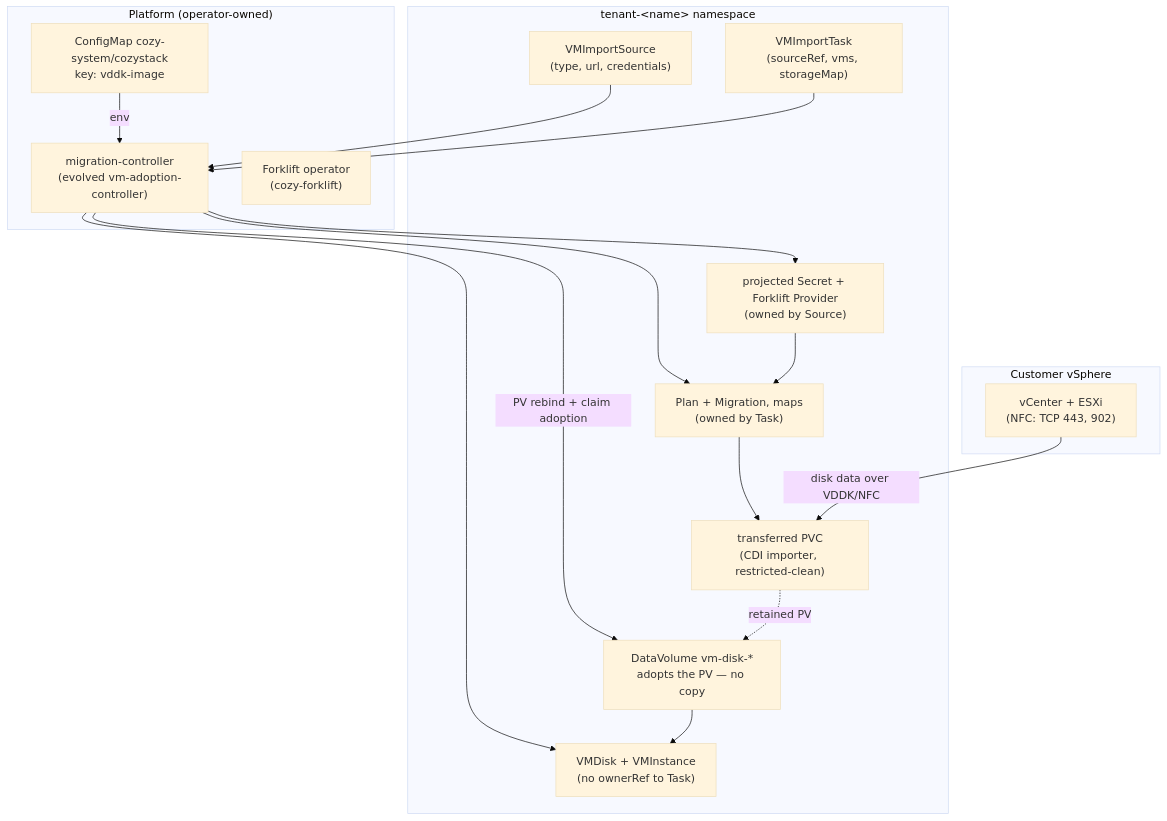
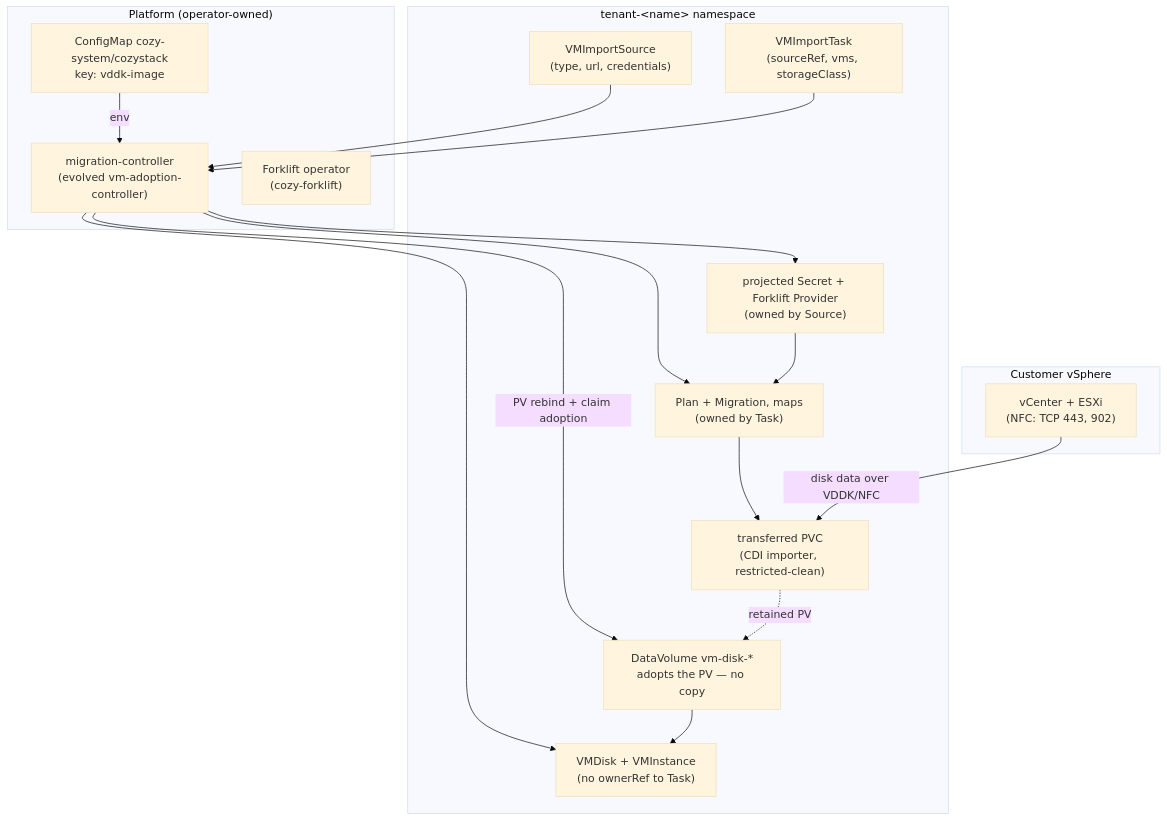
One commit to cozystack/community changed the diagram in design-proposals/vm-import/README.md. Above: the diagram before and after it, drawn with Mermaid (base theme). The commit also changed other lines of this file, not shown here.

First line of the commit message:
design-proposals/vm-import: drop the per-datastore storageMap from v1

````diff
--- a/design-proposals/vm-import/README.md
+++ b/design-proposals/vm-import/README.md
@@ -127,32 +124,32 @@
 ```mermaid
 flowchart TB
   subgraph vmware["Customer vSphere"]
     VC["vCenter + ESXi<br/>(NFC: TCP 443, 902)"]
   end
   subgraph platform["Platform (operator-owned)"]
     CM["ConfigMap cozy-system/cozystack<br/>key: vddk-image"]
     CTRL["migration-controller<br/>(evolved vm-adoption-controller)"]
     FK["Forklift operator<br/>(cozy-forklift)"]
   end
   subgraph tenant["tenant-&lt;name&gt; namespace"]
     SRC["VMImportSource<br/>(type, url, credentials)"]
     SEC["projected Secret + Forklift Provider<br/>(owned by Source)"]
-    TASK["VMImportTask<br/>(sourceRef, vms, storageMap)"]
+    TASK["VMImportTask<br/>(sourceRef, vms, storageClass)"]
     PLAN["Plan + Migration, maps<br/>(owned by Task)"]
     PVC["transferred PVC<br/>(CDI importer, restricted-clean)"]
     DV["DataVolume vm-disk-*<br/>adopts the PV — no copy"]
     OUT["VMDisk + VMInstance<br/>(no ownerRef to Task)"]
   end
   CM -->|"env"| CTRL
   SRC --> CTRL
   CTRL --> SEC
   TASK --> CTRL
   CTRL --> PLAN
   SEC --> PLAN
   VC -->|"disk data over VDDK/NFC"| PVC
   PLAN --> PVC
   CTRL -->|"PV rebind + claim adoption"| DV
   PVC -.->|"retained PV"| DV
   CTRL --> OUT
   DV --> OUT
 ```
````
